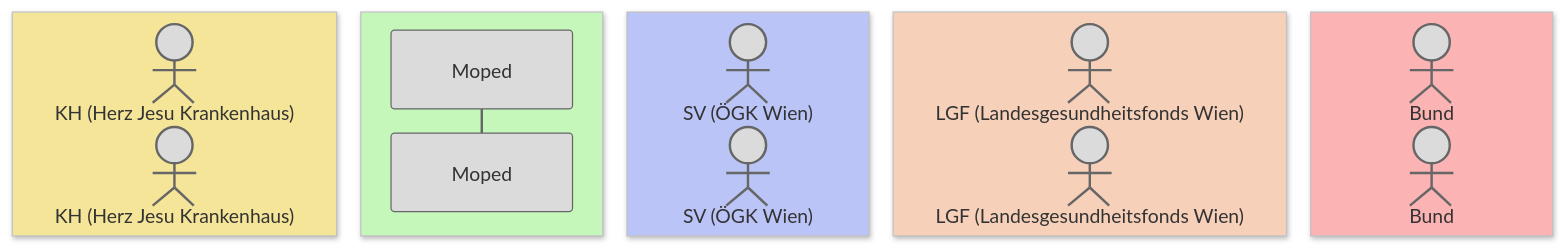
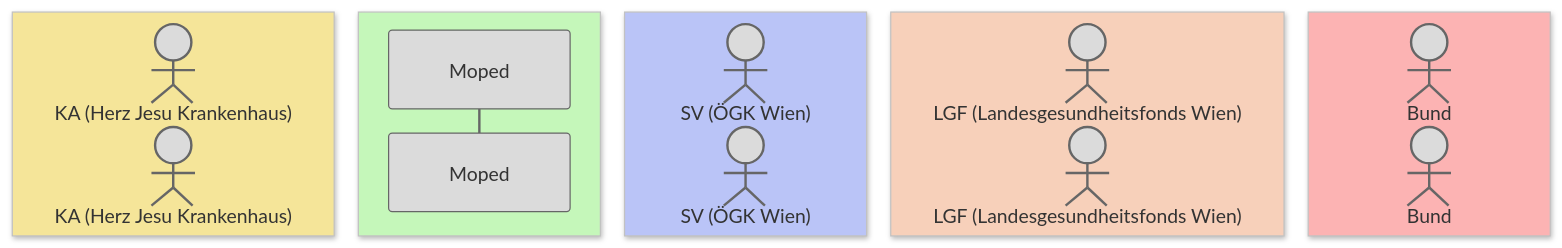
One commit to HL7Austria/ELGA-MOPED-R5 changed the diagram in input/pagecontent/AF6.md. Above: the diagram before and after it, drawn with Mermaid. The commit also changed other lines of this file and 184 other files, not shown here.

```diff
--- a/input/pagecontent/AF6.md
+++ b/input/pagecontent/AF6.md
@@ -31,29 +31,29 @@
 <pre class="mermaid">
     ---
     config:
       theme: 'base'
       themeVariables:
         primaryColor: '#dbdbdb'         
         actorBorder: '#666'
         noteBkgColor: '#f4f4f4'
         noteBorderColor: '#555'
     ---
     sequenceDiagram
     autonumber
     box rgb(245, 229, 153)
-    actor KH as KH (Herz Jesu Krankenhaus)
+    actor KA as KA (Herz Jesu Krankenhaus)
     end
     box rgb(197, 247, 186)
     participant MP as Moped
     end
     box rgb(186, 196, 247)
     actor SV as SV (ÖGK Wien)
     end
     box rgb(247, 208, 186)
     actor LGF as LGF (Landesgesundheitsfonds Wien)
     end
     box rgb(252, 179, 179) 
     actor Bund as Bund 
     end
 
 </pre>
```
